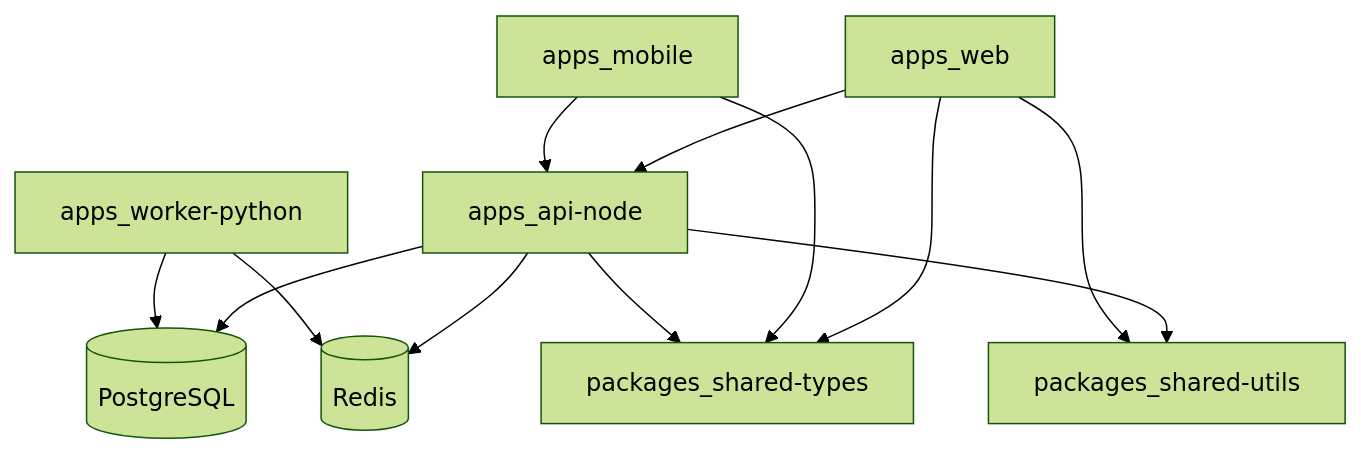
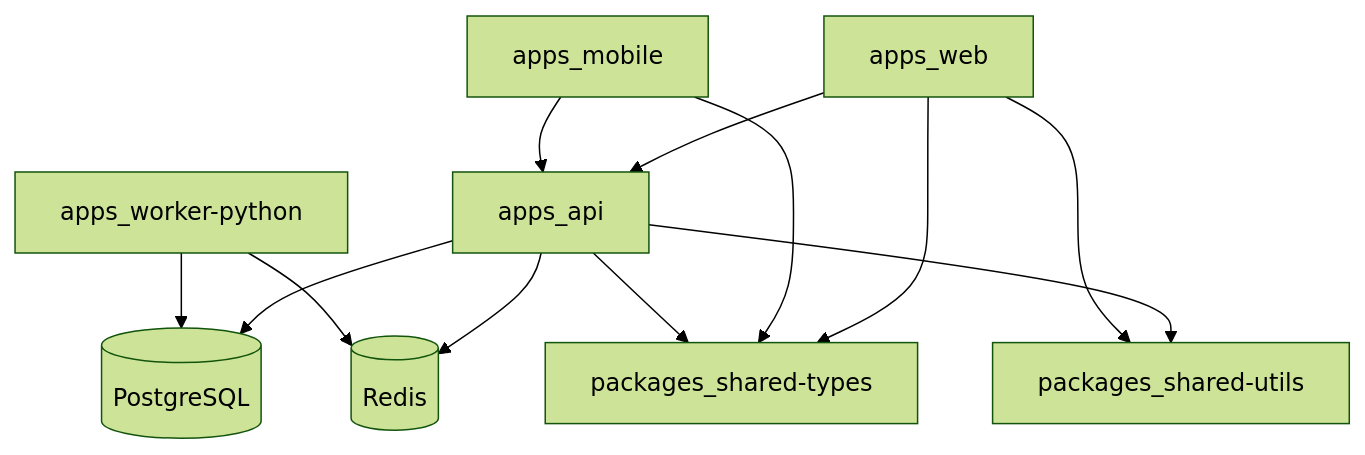
The diagram in docs/04-application-architecture/application-components.md (rastamansp/gwan-social), drawn with Mermaid (forest theme) before and after one commit. The commit also changed other lines of this file and 113 other files, not shown here.

````diff
--- a/docs/04-application-architecture/application-components.md
+++ b/docs/04-application-architecture/application-components.md
@@ -58,22 +60,22 @@
 ```mermaid
 flowchart TB
   WEB[apps_web]
   MOB[apps_mobile]
-  API[apps_api-node]
+  API[apps_api]
   PY[apps_worker-python]
   ST[packages_shared-types]
   U[packages_shared-utils]
   PG[(PostgreSQL)]
   RD[(Redis)]
   WEB --> API
   MOB --> API
   WEB --> ST
   MOB --> ST
   API --> ST
   API --> PG
   API --> RD
   PY --> PG
   PY --> RD
   API --> U
   WEB --> U
 ```
````
